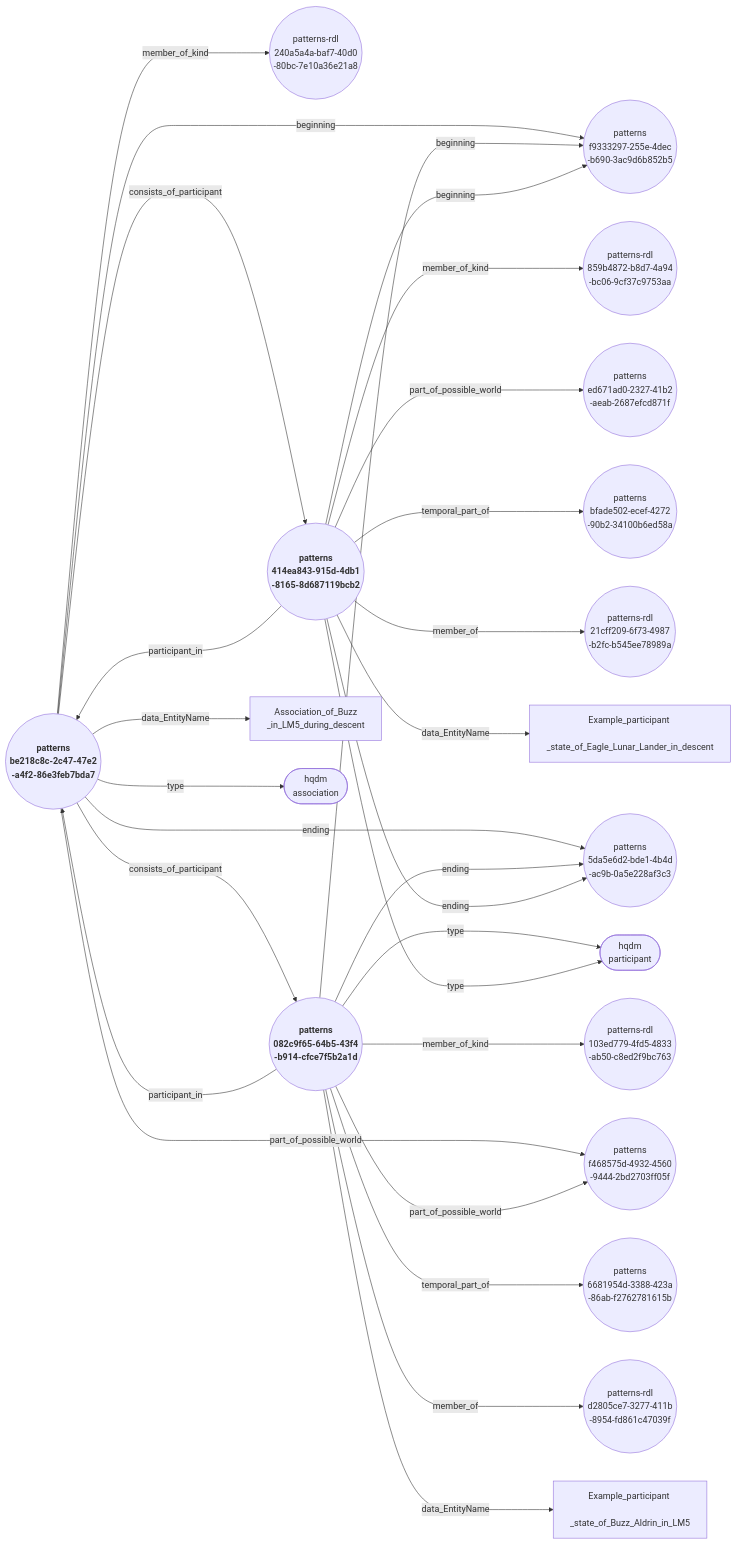
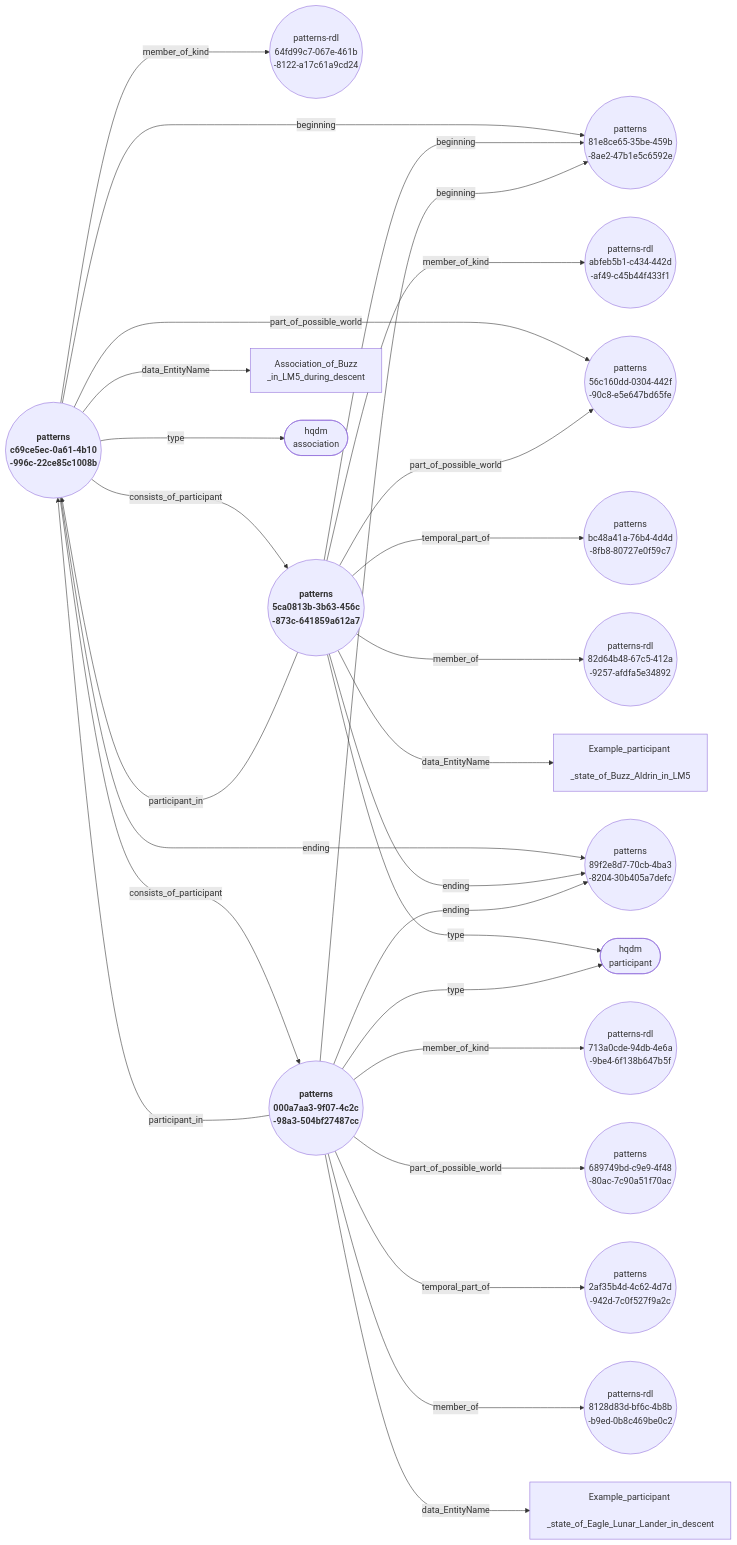
Before and after one commit to ClimbingAl/HqdmPatterns: the diagram in docs/extras/example-files/buzzInLM5AssociationAndParticipantsNodeEdgeGraph.mermaid, drawn with Mermaid. The commit also changed 56 other files, not shown here.

Commit message:
System additions prior to adding stviewer-generated spacetime charts.

````diff
--- a/docs/extras/example-files/buzzInLM5AssociationAndParticipantsNodeEdgeGraph.mermaid
+++ b/docs/extras/example-files/buzzInLM5AssociationAndParticipantsNodeEdgeGraph.mermaid
@@ -1,29 +1,29 @@
 ``` mermaid
 graph LR
-  be218c8c-2c47-47e2-a4f2-86e3feb7bda7(("<b> patterns <br> be218c8c-2c47-47e2 <br> -a4f2-86e3feb7bda7"))--->|"beginning"|f9333297-255e-4dec-b690-3ac9d6b852b5(("patterns <br> f9333297-255e-4dec <br> -b690-3ac9d6b852b5"));
-  be218c8c-2c47-47e2-a4f2-86e3feb7bda7(("<b> patterns <br> be218c8c-2c47-47e2 <br> -a4f2-86e3feb7bda7"))--->|"member_of_kind"|240a5a4a-baf7-40d0-80bc-7e10a36e21a8(("patterns-rdl <br> 240a5a4a-baf7-40d0 <br> -80bc-7e10a36e21a8"));
-  be218c8c-2c47-47e2-a4f2-86e3feb7bda7(("<b> patterns <br> be218c8c-2c47-47e2 <br> -a4f2-86e3feb7bda7"))--->|"consists_of_participant"|414ea843-915d-4db1-8165-8d687119bcb2(("<b> patterns <br> 414ea843-915d-4db1 <br> -8165-8d687119bcb2"));
-  be218c8c-2c47-47e2-a4f2-86e3feb7bda7(("<b> patterns <br> be218c8c-2c47-47e2 <br> -a4f2-86e3feb7bda7"))--->|"consists_of_participant"|082c9f65-64b5-43f4-b914-cfce7f5b2a1d(("<b> patterns <br> 082c9f65-64b5-43f4 <br> -b914-cfce7f5b2a1d"));
-  be218c8c-2c47-47e2-a4f2-86e3feb7bda7(("<b> patterns <br> be218c8c-2c47-47e2 <br> -a4f2-86e3feb7bda7"))--->|"part_of_possible_world"|f468575d-4932-4560-9444-2bd2703ff05f(("patterns <br> f468575d-4932-4560 <br> -9444-2bd2703ff05f"));
-  be218c8c-2c47-47e2-a4f2-86e3feb7bda7(("<b> patterns <br> be218c8c-2c47-47e2 <br> -a4f2-86e3feb7bda7"))--->|"data_EntityName"|Association_of_Buzz_in_LM5_during_descent["Association_of_Buzz <br> _in_LM5_during_descent"];
-  be218c8c-2c47-47e2-a4f2-86e3feb7bda7(("<b> patterns <br> be218c8c-2c47-47e2 <br> -a4f2-86e3feb7bda7"))--->|"ending"|5da5e6d2-bde1-4b4d-ac9b-0a5e228af3c3(("patterns <br> 5da5e6d2-bde1-4b4d <br> -ac9b-0a5e228af3c3"));
-  be218c8c-2c47-47e2-a4f2-86e3feb7bda7(("<b> patterns <br> be218c8c-2c47-47e2 <br> -a4f2-86e3feb7bda7"))--->|"type"|association(["hqdm <br> association"]);
-  082c9f65-64b5-43f4-b914-cfce7f5b2a1d(("<b> patterns <br> 082c9f65-64b5-43f4 <br> -b914-cfce7f5b2a1d"))--->|"beginning"|f9333297-255e-4dec-b690-3ac9d6b852b5(("patterns <br> f9333297-255e-4dec <br> -b690-3ac9d6b852b5"));
-  082c9f65-64b5-43f4-b914-cfce7f5b2a1d(("<b> patterns <br> 082c9f65-64b5-43f4 <br> -b914-cfce7f5b2a1d"))--->|"member_of_kind"|103ed779-4fd5-4833-ab50-c8ed2f9bc763(("patterns-rdl <br> 103ed779-4fd5-4833 <br> -ab50-c8ed2f9bc763"));
-  082c9f65-64b5-43f4-b914-cfce7f5b2a1d(("<b> patterns <br> 082c9f65-64b5-43f4 <br> -b914-cfce7f5b2a1d"))--->|"part_of_possible_world"|f468575d-4932-4560-9444-2bd2703ff05f(("patterns <br> f468575d-4932-4560 <br> -9444-2bd2703ff05f"));
-  082c9f65-64b5-43f4-b914-cfce7f5b2a1d(("<b> patterns <br> 082c9f65-64b5-43f4 <br> -b914-cfce7f5b2a1d"))--->|"participant_in"|be218c8c-2c47-47e2-a4f2-86e3feb7bda7(("<b> patterns <br> be218c8c-2c47-47e2 <br> -a4f2-86e3feb7bda7"));
-  082c9f65-64b5-43f4-b914-cfce7f5b2a1d(("<b> patterns <br> 082c9f65-64b5-43f4 <br> -b914-cfce7f5b2a1d"))--->|"temporal_part_of"|6681954d-3388-423a-86ab-f2762781615b(("patterns <br> 6681954d-3388-423a <br> -86ab-f2762781615b"));
-  082c9f65-64b5-43f4-b914-cfce7f5b2a1d(("<b> patterns <br> 082c9f65-64b5-43f4 <br> -b914-cfce7f5b2a1d"))--->|"member_of"|d2805ce7-3277-411b-8954-fd861c47039f(("patterns-rdl <br> d2805ce7-3277-411b <br> -8954-fd861c47039f"));
-  082c9f65-64b5-43f4-b914-cfce7f5b2a1d(("<b> patterns <br> 082c9f65-64b5-43f4 <br> -b914-cfce7f5b2a1d"))--->|"data_EntityName"|Example_participant_state_of_Buzz_Aldrin_in_LM5["Example_participant <br> _state_of_Buzz_Aldrin_in_LM5"];
-  082c9f65-64b5-43f4-b914-cfce7f5b2a1d(("<b> patterns <br> 082c9f65-64b5-43f4 <br> -b914-cfce7f5b2a1d"))--->|"ending"|5da5e6d2-bde1-4b4d-ac9b-0a5e228af3c3(("patterns <br> 5da5e6d2-bde1-4b4d <br> -ac9b-0a5e228af3c3"));
-  082c9f65-64b5-43f4-b914-cfce7f5b2a1d(("<b> patterns <br> 082c9f65-64b5-43f4 <br> -b914-cfce7f5b2a1d"))--->|"type"|participant(["hqdm <br> participant"]);
-  414ea843-915d-4db1-8165-8d687119bcb2(("<b> patterns <br> 414ea843-915d-4db1 <br> -8165-8d687119bcb2"))--->|"beginning"|f9333297-255e-4dec-b690-3ac9d6b852b5(("patterns <br> f9333297-255e-4dec <br> -b690-3ac9d6b852b5"));
-  414ea843-915d-4db1-8165-8d687119bcb2(("<b> patterns <br> 414ea843-915d-4db1 <br> -8165-8d687119bcb2"))--->|"member_of_kind"|859b4872-b8d7-4a94-bc06-9cf37c9753aa(("patterns-rdl <br> 859b4872-b8d7-4a94 <br> -bc06-9cf37c9753aa"));
-  414ea843-915d-4db1-8165-8d687119bcb2(("<b> patterns <br> 414ea843-915d-4db1 <br> -8165-8d687119bcb2"))--->|"part_of_possible_world"|ed671ad0-2327-41b2-aeab-2687efcd871f(("patterns <br> ed671ad0-2327-41b2 <br> -aeab-2687efcd871f"));
-  414ea843-915d-4db1-8165-8d687119bcb2(("<b> patterns <br> 414ea843-915d-4db1 <br> -8165-8d687119bcb2"))--->|"participant_in"|be218c8c-2c47-47e2-a4f2-86e3feb7bda7(("<b> patterns <br> be218c8c-2c47-47e2 <br> -a4f2-86e3feb7bda7"));
-  414ea843-915d-4db1-8165-8d687119bcb2(("<b> patterns <br> 414ea843-915d-4db1 <br> -8165-8d687119bcb2"))--->|"temporal_part_of"|bfade502-ecef-4272-90b2-34100b6ed58a(("patterns <br> bfade502-ecef-4272 <br> -90b2-34100b6ed58a"));
-  414ea843-915d-4db1-8165-8d687119bcb2(("<b> patterns <br> 414ea843-915d-4db1 <br> -8165-8d687119bcb2"))--->|"member_of"|21cff209-6f73-4987-b2fc-b545ee78989a(("patterns-rdl <br> 21cff209-6f73-4987 <br> -b2fc-b545ee78989a"));
-  414ea843-915d-4db1-8165-8d687119bcb2(("<b> patterns <br> 414ea843-915d-4db1 <br> -8165-8d687119bcb2"))--->|"data_EntityName"|Example_participant_state_of_Eagle_Lunar_Lander_in_descent["Example_participant <br> _state_of_Eagle_Lunar_Lander_in_descent"];
-  414ea843-915d-4db1-8165-8d687119bcb2(("<b> patterns <br> 414ea843-915d-4db1 <br> -8165-8d687119bcb2"))--->|"ending"|5da5e6d2-bde1-4b4d-ac9b-0a5e228af3c3(("patterns <br> 5da5e6d2-bde1-4b4d <br> -ac9b-0a5e228af3c3"));
-  414ea843-915d-4db1-8165-8d687119bcb2(("<b> patterns <br> 414ea843-915d-4db1 <br> -8165-8d687119bcb2"))--->|"type"|participant(["hqdm <br> participant"]);
+  c69ce5ec-0a61-4b10-996c-22ce85c1008b(("<b> patterns <br> c69ce5ec-0a61-4b10 <br> -996c-22ce85c1008b"))--->|"beginning"|81e8ce65-35be-459b-8ae2-47b1e5c6592e(("patterns <br> 81e8ce65-35be-459b <br> -8ae2-47b1e5c6592e"));
+  c69ce5ec-0a61-4b10-996c-22ce85c1008b(("<b> patterns <br> c69ce5ec-0a61-4b10 <br> -996c-22ce85c1008b"))--->|"member_of_kind"|64fd99c7-067e-461b-8122-a17c61a9cd24(("patterns-rdl <br> 64fd99c7-067e-461b <br> -8122-a17c61a9cd24"));
+  c69ce5ec-0a61-4b10-996c-22ce85c1008b(("<b> patterns <br> c69ce5ec-0a61-4b10 <br> -996c-22ce85c1008b"))--->|"consists_of_participant"|5ca0813b-3b63-456c-873c-641859a612a7(("<b> patterns <br> 5ca0813b-3b63-456c <br> -873c-641859a612a7"));
+  c69ce5ec-0a61-4b10-996c-22ce85c1008b(("<b> patterns <br> c69ce5ec-0a61-4b10 <br> -996c-22ce85c1008b"))--->|"consists_of_participant"|000a7aa3-9f07-4c2c-98a3-504bf27487cc(("<b> patterns <br> 000a7aa3-9f07-4c2c <br> -98a3-504bf27487cc"));
+  c69ce5ec-0a61-4b10-996c-22ce85c1008b(("<b> patterns <br> c69ce5ec-0a61-4b10 <br> -996c-22ce85c1008b"))--->|"part_of_possible_world"|56c160dd-0304-442f-90c8-e5e647bd65fe(("patterns <br> 56c160dd-0304-442f <br> -90c8-e5e647bd65fe"));
+  c69ce5ec-0a61-4b10-996c-22ce85c1008b(("<b> patterns <br> c69ce5ec-0a61-4b10 <br> -996c-22ce85c1008b"))--->|"data_EntityName"|Association_of_Buzz_in_LM5_during_descent["Association_of_Buzz <br> _in_LM5_during_descent"];
+  c69ce5ec-0a61-4b10-996c-22ce85c1008b(("<b> patterns <br> c69ce5ec-0a61-4b10 <br> -996c-22ce85c1008b"))--->|"ending"|89f2e8d7-70cb-4ba3-8204-30b405a7defc(("patterns <br> 89f2e8d7-70cb-4ba3 <br> -8204-30b405a7defc"));
+  c69ce5ec-0a61-4b10-996c-22ce85c1008b(("<b> patterns <br> c69ce5ec-0a61-4b10 <br> -996c-22ce85c1008b"))--->|"type"|association(["hqdm <br> association"]);
+  5ca0813b-3b63-456c-873c-641859a612a7(("<b> patterns <br> 5ca0813b-3b63-456c <br> -873c-641859a612a7"))--->|"beginning"|81e8ce65-35be-459b-8ae2-47b1e5c6592e(("patterns <br> 81e8ce65-35be-459b <br> -8ae2-47b1e5c6592e"));
+  5ca0813b-3b63-456c-873c-641859a612a7(("<b> patterns <br> 5ca0813b-3b63-456c <br> -873c-641859a612a7"))--->|"member_of_kind"|abfeb5b1-c434-442d-af49-c45b44f433f1(("patterns-rdl <br> abfeb5b1-c434-442d <br> -af49-c45b44f433f1"));
+  5ca0813b-3b63-456c-873c-641859a612a7(("<b> patterns <br> 5ca0813b-3b63-456c <br> -873c-641859a612a7"))--->|"part_of_possible_world"|56c160dd-0304-442f-90c8-e5e647bd65fe(("patterns <br> 56c160dd-0304-442f <br> -90c8-e5e647bd65fe"));
+  5ca0813b-3b63-456c-873c-641859a612a7(("<b> patterns <br> 5ca0813b-3b63-456c <br> -873c-641859a612a7"))--->|"participant_in"|c69ce5ec-0a61-4b10-996c-22ce85c1008b(("<b> patterns <br> c69ce5ec-0a61-4b10 <br> -996c-22ce85c1008b"));
+  5ca0813b-3b63-456c-873c-641859a612a7(("<b> patterns <br> 5ca0813b-3b63-456c <br> -873c-641859a612a7"))--->|"temporal_part_of"|bc48a41a-76b4-4d4d-8fb8-80727e0f59c7(("patterns <br> bc48a41a-76b4-4d4d <br> -8fb8-80727e0f59c7"));
+  5ca0813b-3b63-456c-873c-641859a612a7(("<b> patterns <br> 5ca0813b-3b63-456c <br> -873c-641859a612a7"))--->|"member_of"|82d64b48-67c5-412a-9257-afdfa5e34892(("patterns-rdl <br> 82d64b48-67c5-412a <br> -9257-afdfa5e34892"));
+  5ca0813b-3b63-456c-873c-641859a612a7(("<b> patterns <br> 5ca0813b-3b63-456c <br> -873c-641859a612a7"))--->|"data_EntityName"|Example_participant_state_of_Buzz_Aldrin_in_LM5["Example_participant <br> _state_of_Buzz_Aldrin_in_LM5"];
+  5ca0813b-3b63-456c-873c-641859a612a7(("<b> patterns <br> 5ca0813b-3b63-456c <br> -873c-641859a612a7"))--->|"ending"|89f2e8d7-70cb-4ba3-8204-30b405a7defc(("patterns <br> 89f2e8d7-70cb-4ba3 <br> -8204-30b405a7defc"));
+  5ca0813b-3b63-456c-873c-641859a612a7(("<b> patterns <br> 5ca0813b-3b63-456c <br> -873c-641859a612a7"))--->|"type"|participant(["hqdm <br> participant"]);
+  000a7aa3-9f07-4c2c-98a3-504bf27487cc(("<b> patterns <br> 000a7aa3-9f07-4c2c <br> -98a3-504bf27487cc"))--->|"beginning"|81e8ce65-35be-459b-8ae2-47b1e5c6592e(("patterns <br> 81e8ce65-35be-459b <br> -8ae2-47b1e5c6592e"));
+  000a7aa3-9f07-4c2c-98a3-504bf27487cc(("<b> patterns <br> 000a7aa3-9f07-4c2c <br> -98a3-504bf27487cc"))--->|"member_of_kind"|713a0cde-94db-4e6a-9be4-6f138b647b5f(("patterns-rdl <br> 713a0cde-94db-4e6a <br> -9be4-6f138b647b5f"));
+  000a7aa3-9f07-4c2c-98a3-504bf27487cc(("<b> patterns <br> 000a7aa3-9f07-4c2c <br> -98a3-504bf27487cc"))--->|"part_of_possible_world"|689749bd-c9e9-4f48-80ac-7c90a51f70ac(("patterns <br> 689749bd-c9e9-4f48 <br> -80ac-7c90a51f70ac"));
+  000a7aa3-9f07-4c2c-98a3-504bf27487cc(("<b> patterns <br> 000a7aa3-9f07-4c2c <br> -98a3-504bf27487cc"))--->|"participant_in"|c69ce5ec-0a61-4b10-996c-22ce85c1008b(("<b> patterns <br> c69ce5ec-0a61-4b10 <br> -996c-22ce85c1008b"));
+  000a7aa3-9f07-4c2c-98a3-504bf27487cc(("<b> patterns <br> 000a7aa3-9f07-4c2c <br> -98a3-504bf27487cc"))--->|"temporal_part_of"|2af35b4d-4c62-4d7d-942d-7c0f527f9a2c(("patterns <br> 2af35b4d-4c62-4d7d <br> -942d-7c0f527f9a2c"));
+  000a7aa3-9f07-4c2c-98a3-504bf27487cc(("<b> patterns <br> 000a7aa3-9f07-4c2c <br> -98a3-504bf27487cc"))--->|"member_of"|8128d83d-bf6c-4b8b-b9ed-0b8c469be0c2(("patterns-rdl <br> 8128d83d-bf6c-4b8b <br> -b9ed-0b8c469be0c2"));
+  000a7aa3-9f07-4c2c-98a3-504bf27487cc(("<b> patterns <br> 000a7aa3-9f07-4c2c <br> -98a3-504bf27487cc"))--->|"data_EntityName"|Example_participant_state_of_Eagle_Lunar_Lander_in_descent["Example_participant <br> _state_of_Eagle_Lunar_Lander_in_descent"];
+  000a7aa3-9f07-4c2c-98a3-504bf27487cc(("<b> patterns <br> 000a7aa3-9f07-4c2c <br> -98a3-504bf27487cc"))--->|"ending"|89f2e8d7-70cb-4ba3-8204-30b405a7defc(("patterns <br> 89f2e8d7-70cb-4ba3 <br> -8204-30b405a7defc"));
+  000a7aa3-9f07-4c2c-98a3-504bf27487cc(("<b> patterns <br> 000a7aa3-9f07-4c2c <br> -98a3-504bf27487cc"))--->|"type"|participant(["hqdm <br> participant"]);
 ```
````
